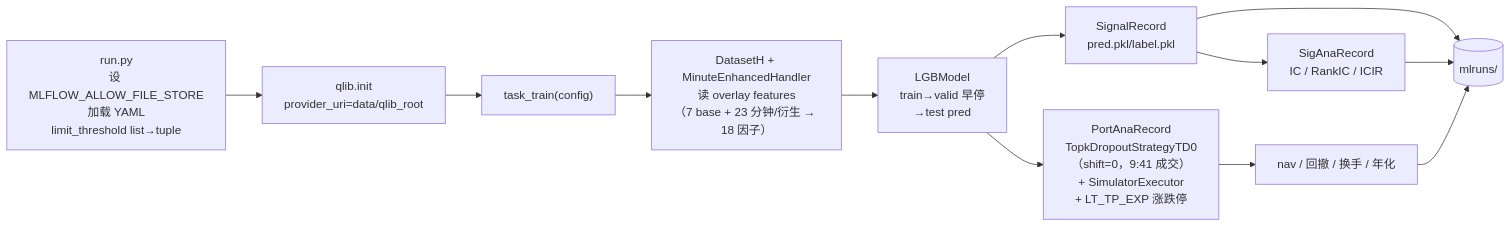
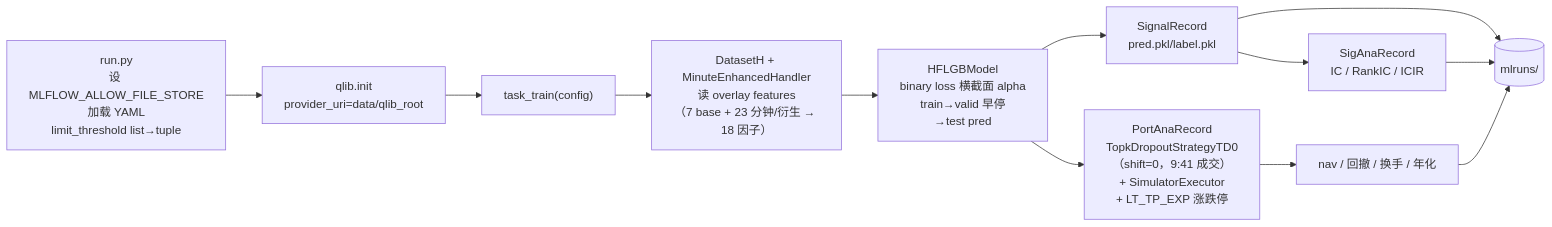
The second of 3 diagrams in docs/architecture.md (seuzxh/qlib_ifind_beta), drawn with Mermaid before and after one commit. The commit also changed other lines of this file and 3 other files, not shown here.

First line of the commit message:
docs: 同步 HFLGBModel 升级到核心文档（README + CLAUDE + technical-design + architecture）

````diff
--- a/docs/architecture.md
+++ b/docs/architecture.md
@@ -241,14 +241,14 @@
 ```mermaid
 flowchart LR
     A["run.py<br/>设 MLFLOW_ALLOW_FILE_STORE<br/>加载 YAML<br/>limit_threshold list→tuple"] --> B["qlib.init<br/>provider_uri=data/qlib_root"]
     B --> C["task_train(config)"]
     C --> D["DatasetH + MinuteEnhancedHandler<br/>读 overlay features<br/>（7 base + 23 分钟/衍生 → 18 因子）"]
-    D --> E["LGBModel<br/>train→valid 早停<br/>→test pred"]
+    D --> E["HFLGBModel<br/>binary loss 横截面 alpha<br/>train→valid 早停<br/>→test pred"]
     E --> F["SignalRecord<br/>pred.pkl/label.pkl"]
     F --> G["SigAnaRecord<br/>IC / RankIC / ICIR"]
     E --> H["PortAnaRecord<br/>TopkDropoutStrategyTD0<br/>（shift=0，9:41 成交）<br/>+ SimulatorExecutor<br/>+ LT_TP_EXP 涨跌停"]
     H --> I["nav / 回撤 / 换手 / 年化"]
     F --> J[("mlruns/")]
     G --> J
     I --> J
 ```
````
